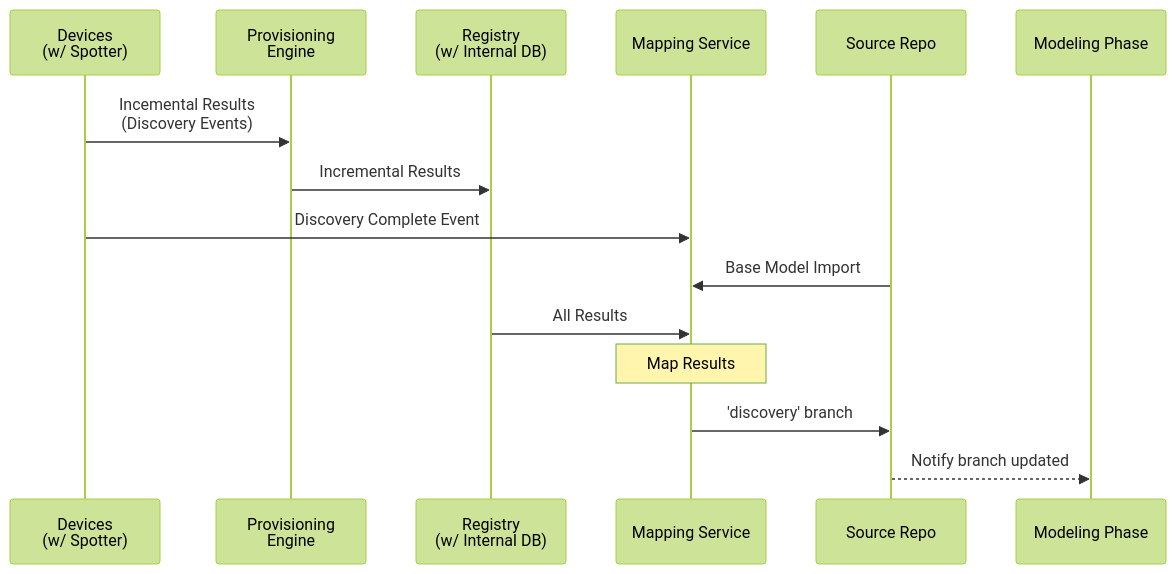
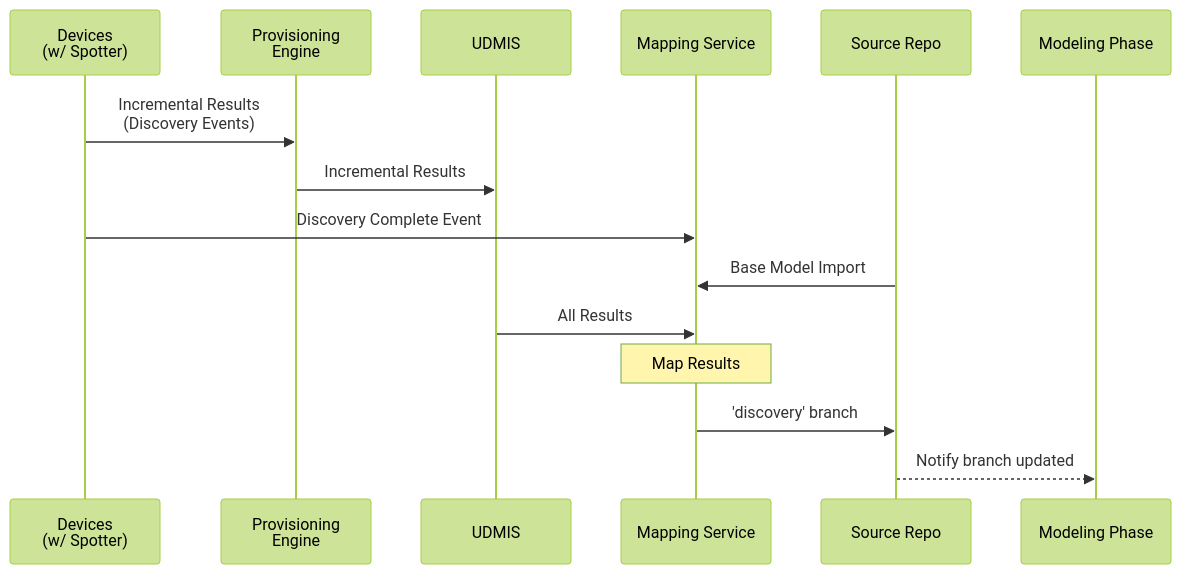
The diagram in docs/specs/mapping.md (faucetsdn/udmi), drawn with Mermaid (forest theme) before and after one commit. The commit also changed other lines of this file, not shown here.

Commit message:
changes for documentation

````diff
--- a/docs/specs/mapping.md
+++ b/docs/specs/mapping.md
@@ -25,18 +25,18 @@
 ```mermaid
 sequenceDiagram
   %%{wrap}%%
   participant Devices as Devices<br/>(w/ Spotter)
   participant Provisioning Engine
-  participant Registry as Registry<br/>(w/ Internal DB)
+  participant UDMIS
   participant Mapping Service
   participant Source Repo 
   participant Modeling Phase
-  Devices->>Provisioning Engine: Incemental Results<br/>(Discovery Events)
-  Provisioning Engine->>Registry: Incremental Results
+  Devices->>Provisioning Engine: Incremental Results<br/>(Discovery Events)
+  Provisioning Engine->>UDMIS: Incremental Results
   Devices->>Mapping Service: Discovery Complete Event
   Source Repo->>Mapping Service: Base Model Import
-  Registry->>Mapping Service: All Results
+  UDMIS->>Mapping Service: All Results
   Note over Mapping Service: Map Results
   Mapping Service->>Source Repo: 'discovery' branch
   Source Repo-->>Modeling Phase: Notify branch updated
 ```
````
